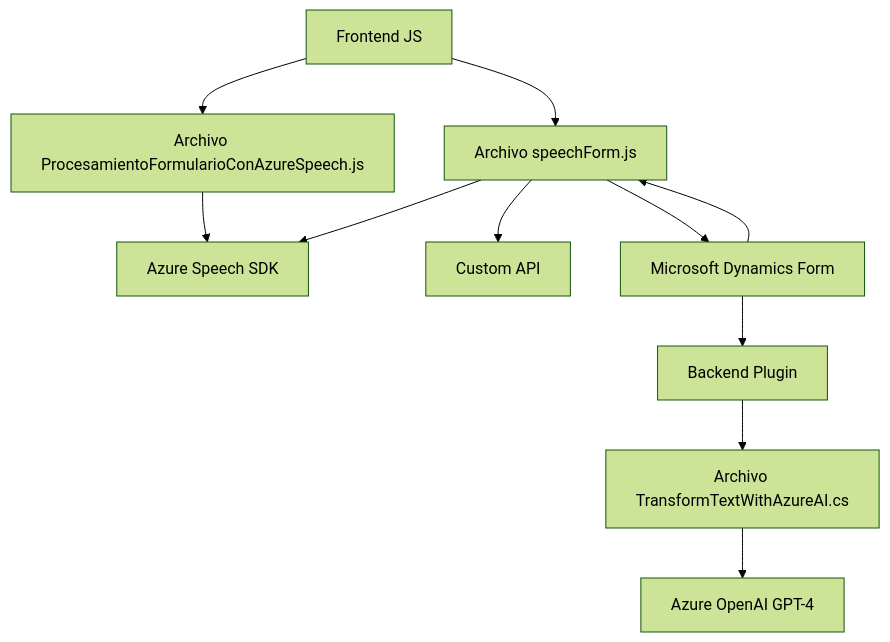
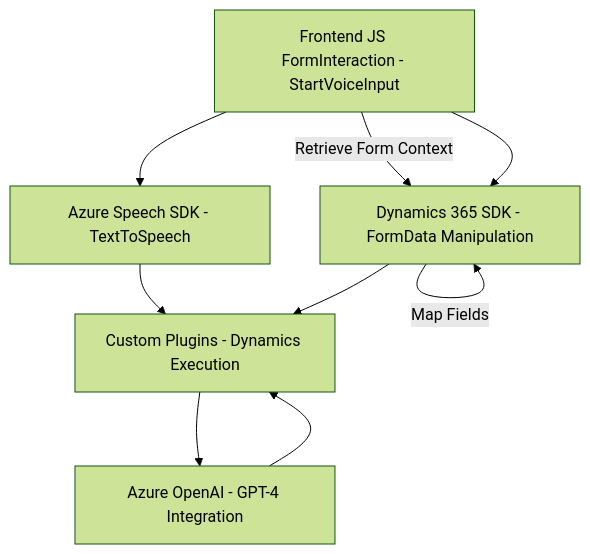
The diagram in README.md (blopezdm/NETCORE_BILBAO2025), drawn with Mermaid (forest theme) before and after one commit. The commit also changed other lines of this file, not shown here.

Commit message:
Actualizar análisis global de la solución con IA

````diff
--- a/README.md
+++ b/README.md
@@ -33,23 +41,17 @@
 ```mermaid
 graph TD
-  A["Frontend JS"]
-  B["Archivo ProcesamientoFormularioConAzureSpeech.js"]
-  C["Azure Speech SDK"]
-  D["Archivo speechForm.js"]
-  E["Custom API"]
-  F["Microsoft Dynamics Form"]
-  G["Backend Plugin"]
-  H["Archivo TransformTextWithAzureAI.cs"]
-  I["Azure OpenAI GPT-4"]
+    A["Frontend JS FormInteraction - StartVoiceInput"]
+    B["Azure Speech SDK - TextToSpeech"]
+    C["Dynamics 365 SDK - FormData Manipulation"]
+    D["Custom Plugins - Dynamics Execution"]
+    E["Azure OpenAI - GPT-4 Integration"]
 
-  A --> B
-  B --> C
-  A --> D
-  D --> C
-  D --> E
-  D --> F
-  F --> D
-  F --> G
-  G --> H
-  H --> I
+    A --> B
+    A -- "Retrieve Form Context" --> C
+    C -- "Map Fields" --> C
+    B --> D
+    D --> E
+    E --> D
+    C --> D
+    A --> C
 ```
````
